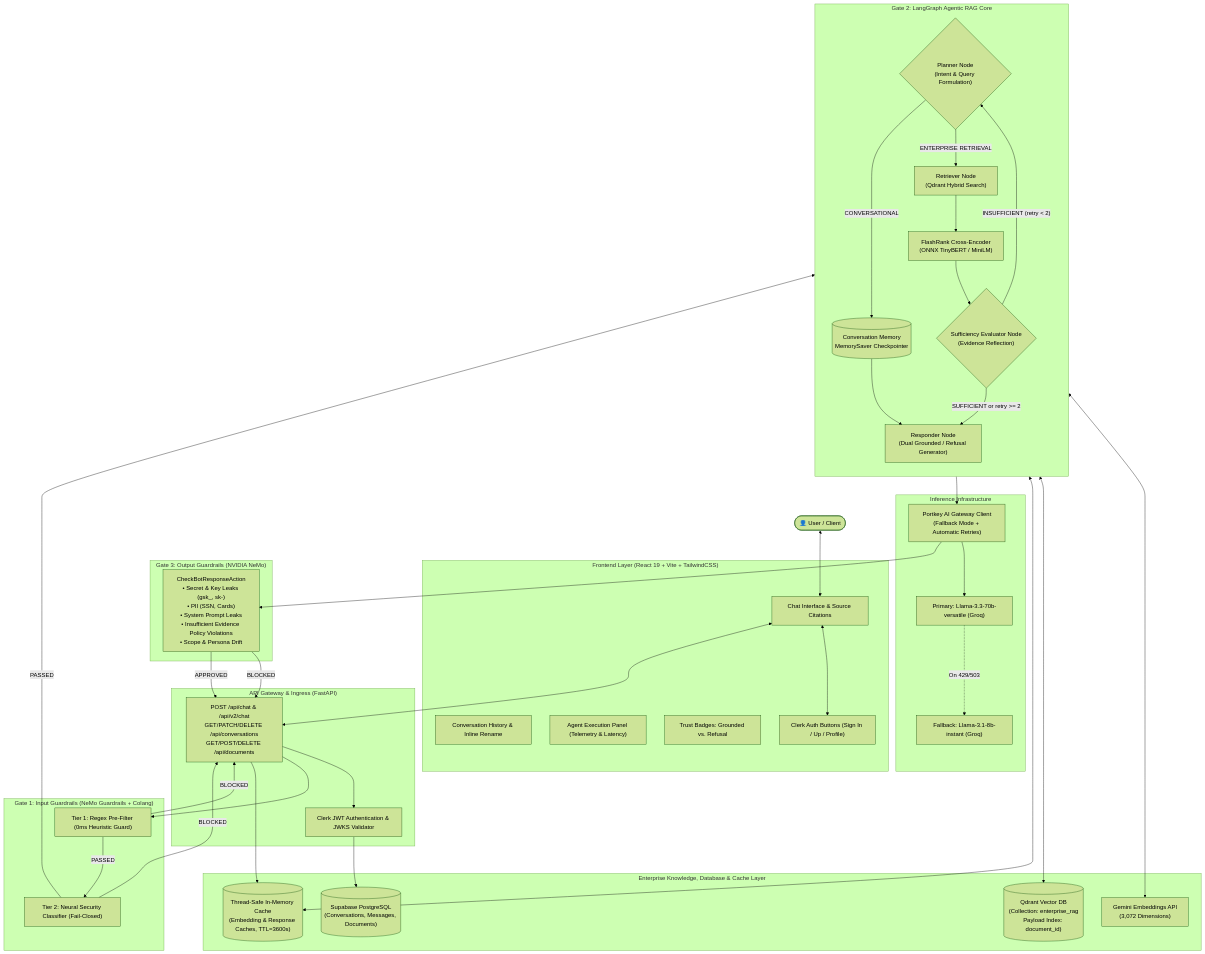
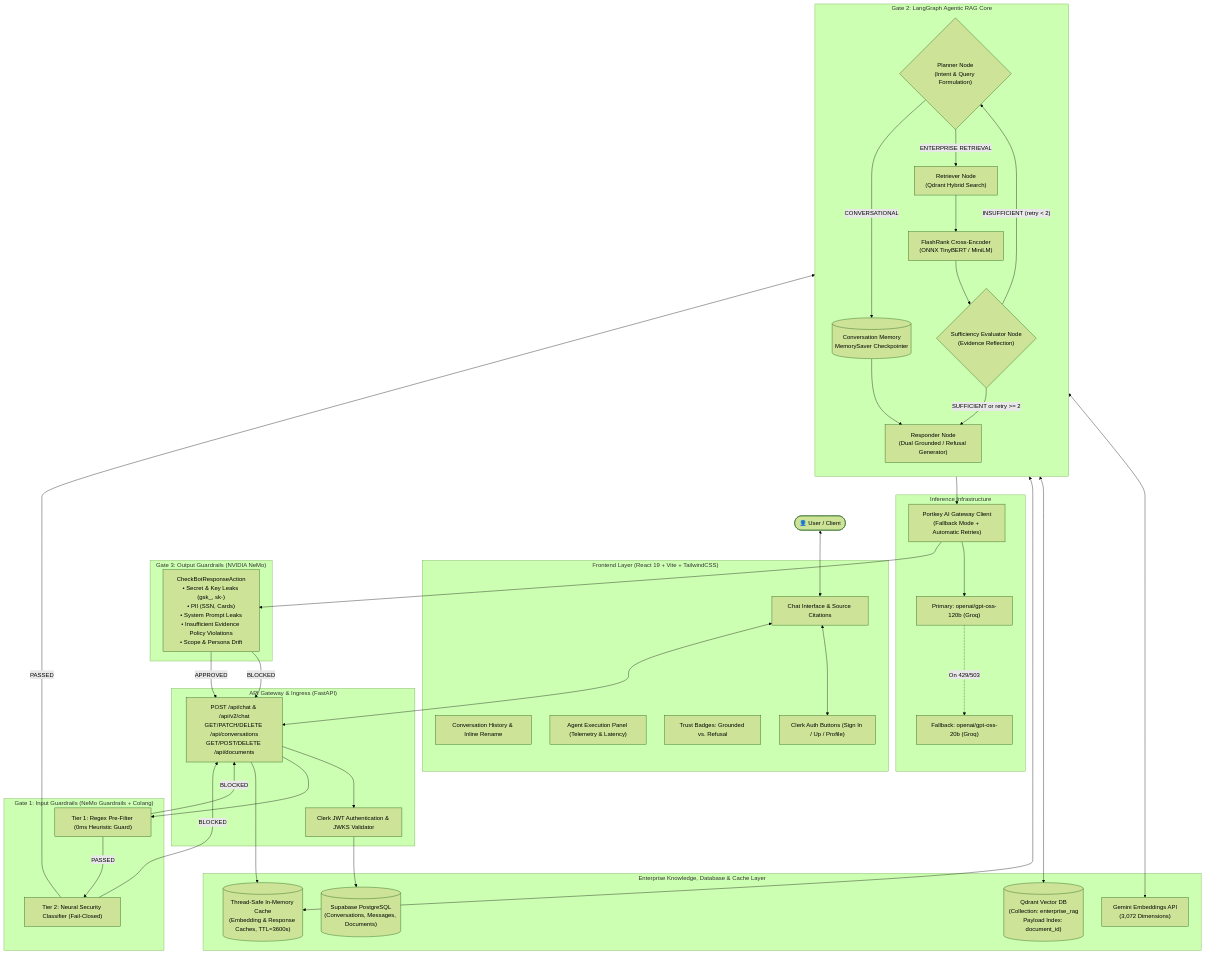
The first of 2 diagrams in README.md (Piyush30007/Nexa-AI), drawn with Mermaid (forest theme) before and after one commit. The commit also changed other lines of this file and 5 other files, not shown here.

````diff
--- a/README.md
+++ b/README.md
@@ -56,80 +56,80 @@
 ```mermaid
 flowchart TD
     User(["👤 User / Client"])
 
     subgraph Frontend["Frontend Layer (React 19 + Vite + TailwindCSS)"]
         UI["Chat Interface & Source Citations"]
         HistorySidebar["Conversation History & Inline Rename"]
         ExecPanel["Agent Execution Panel (Telemetry & Latency)"]
         Badge["Trust Badges: Grounded vs. Refusal"]
         AuthUI["Clerk Auth Buttons (Sign In / Up / Profile)"]
     end
 
     subgraph Gateway["API Gateway & Ingress (FastAPI)"]
         AuthGuard["Clerk JWT Authentication & JWKS Validator"]
         API["POST /api/chat & /api/v2/chat\nGET/PATCH/DELETE /api/conversations\nGET/POST/DELETE /api/documents"]
     end
 
     subgraph InputGuard["Gate 1: Input Guardrails (NeMo Guardrails + Colang)"]
         T1["Tier 1: Regex Pre-Filter (0ms Heuristic Guard)"]
         T2["Tier 2: Neural Security Classifier (Fail-Closed)"]
     end
 
     subgraph AgenticCore["Gate 2: LangGraph Agentic RAG Core"]
         direction TB
         Planner{"Planner Node\n(Intent & Query Formulation)"}
         ConvMem[("Conversation Memory\nMemorySaver Checkpointer")]
         Retriever["Retriever Node\n(Qdrant Hybrid Search)"]
         Reranker["FlashRank Cross-Encoder\n(ONNX TinyBERT / MiniLM)"]
         Sufficiency{"Sufficiency Evaluator Node\n(Evidence Reflection)"}
         Responder["Responder Node\n(Dual Grounded / Refusal Generator)"]
         
         Planner -- "CONVERSATIONAL" --> ConvMem --> Responder
         Planner -- "ENTERPRISE RETRIEVAL" --> Retriever
         Retriever --> Reranker --> Sufficiency
         Sufficiency -- "INSUFFICIENT (retry < 2)" --> Planner
         Sufficiency -- "SUFFICIENT or retry >= 2" --> Responder
     end
 
     subgraph DataStorage["Enterprise Knowledge, Database & Cache Layer"]
         Postgres[("Supabase PostgreSQL\n(Conversations, Messages, Documents)")]
         Qdrant[("Qdrant Vector DB\n(Collection: enterprise_rag\nPayload Index: document_id)")]
         GeminiEmbed["Gemini Embeddings API\n(3,072 Dimensions)"]
         InMemCache[("Thread-Safe In-Memory Cache\n(Embedding & Response Caches, TTL=3600s)")]
     end
 
     subgraph OutputGuard["Gate 3: Output Guardrails (NVIDIA NeMo)"]
         CheckOutput["CheckBotResponseAction\n• Secret & Key Leaks (gsk_, sk-)\n• PII (SSN, Cards)\n• System Prompt Leaks\n• Insufficient Evidence Policy Violations\n• Scope & Persona Drift"]
     end
 
     subgraph ModelGateway["Inference Infrastructure"]
         PortkeyClient["Portkey AI Gateway Client\n(Fallback Mode + Automatic Retries)"]
-        PrimaryModel["Primary: Llama-3.3-70b-versatile (Groq)"]
-        FallbackModel["Fallback: Llama-3.1-8b-instant (Groq)"]
+        PrimaryModel["Primary: openai/gpt-oss-120b (Groq)"]
+        FallbackModel["Fallback: openai/gpt-oss-20b (Groq)"]
     end
 
     %% Wiring
     User <--> UI
     UI <--> AuthUI
     UI <--> API
     API --> AuthGuard
     AuthGuard --> Postgres
     API --> T1
     T1 -- "BLOCKED" --> API
     T1 -- "PASSED" --> T2
     T2 -- "BLOCKED" --> API
     T2 -- "PASSED" --> Planner
 
     Retriever <--> GeminiEmbed
     Retriever <--> Qdrant
     Planner <--> InMemCache
 
     Responder --> PortkeyClient
     PortkeyClient --> PrimaryModel
     PrimaryModel -. "On 429/503" .-> FallbackModel
     PortkeyClient --> CheckOutput
 
     CheckOutput -- "BLOCKED" --> API
     CheckOutput -- "APPROVED" --> API
     API --> InMemCache
 ```
````
